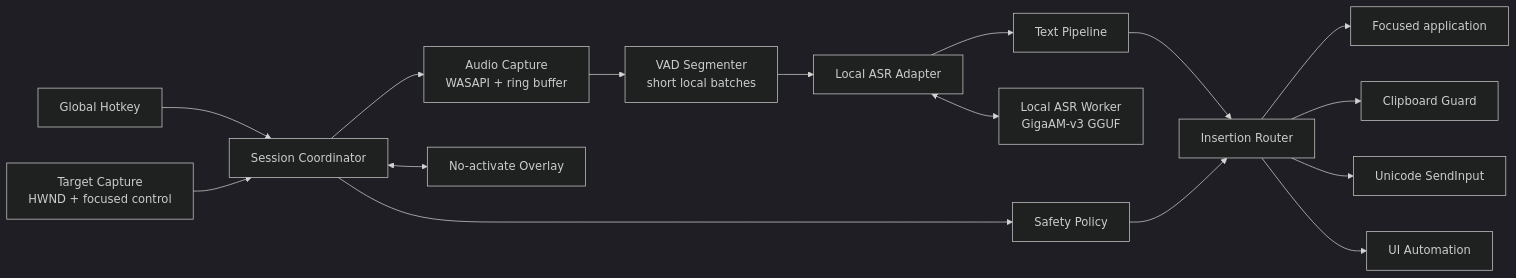
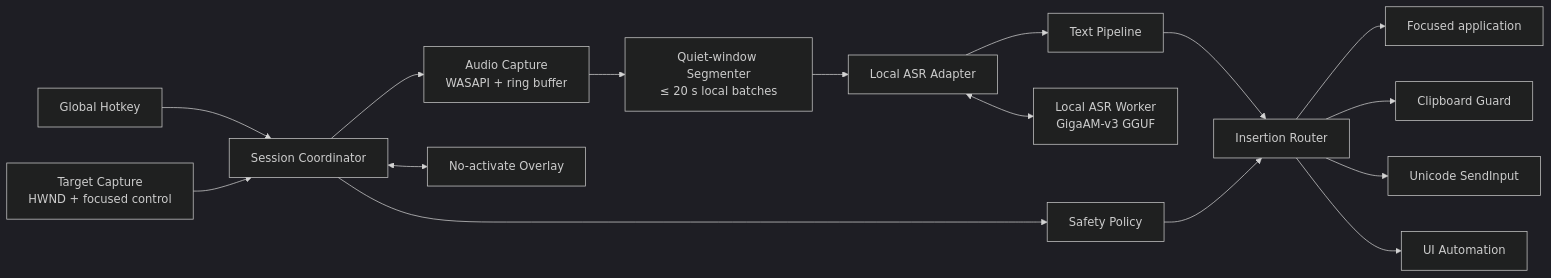
Before and after one commit to pavel-logachev/voice-input: the diagram in docs/ARCHITECTURE.md, drawn with Mermaid (dark theme). The commit also changed other lines of this file and 36 other files, not shown here.

````diff
--- a/docs/ARCHITECTURE.md
+++ b/docs/ARCHITECTURE.md
@@ -46,20 +60,20 @@
 ```mermaid
 flowchart LR
     HK[Global Hotkey] --> SC[Session Coordinator]
     TC[Target Capture\nHWND + focused control] --> SC
     SC --> AC[Audio Capture\nWASAPI + ring buffer]
-    AC --> SEG[VAD Segmenter\nshort local batches]
+    AC --> SEG[Quiet-window Segmenter\n≤ 20 s local batches]
     SEG --> ASR[Local ASR Adapter]
     ASR --> TP[Text Pipeline]
     TP --> IR[Insertion Router]
     IR --> APP[Focused application]
 
     SC <--> OV[No-activate Overlay]
     SC --> SEC[Safety Policy]
     SEC --> IR
 
     ASR <--> WORKER[Local ASR Worker\nGigaAM-v3 GGUF]
     IR --> CLIP[Clipboard Guard]
     IR --> UNI[Unicode SendInput]
     IR --> UIA[UI Automation]
 ```
````
